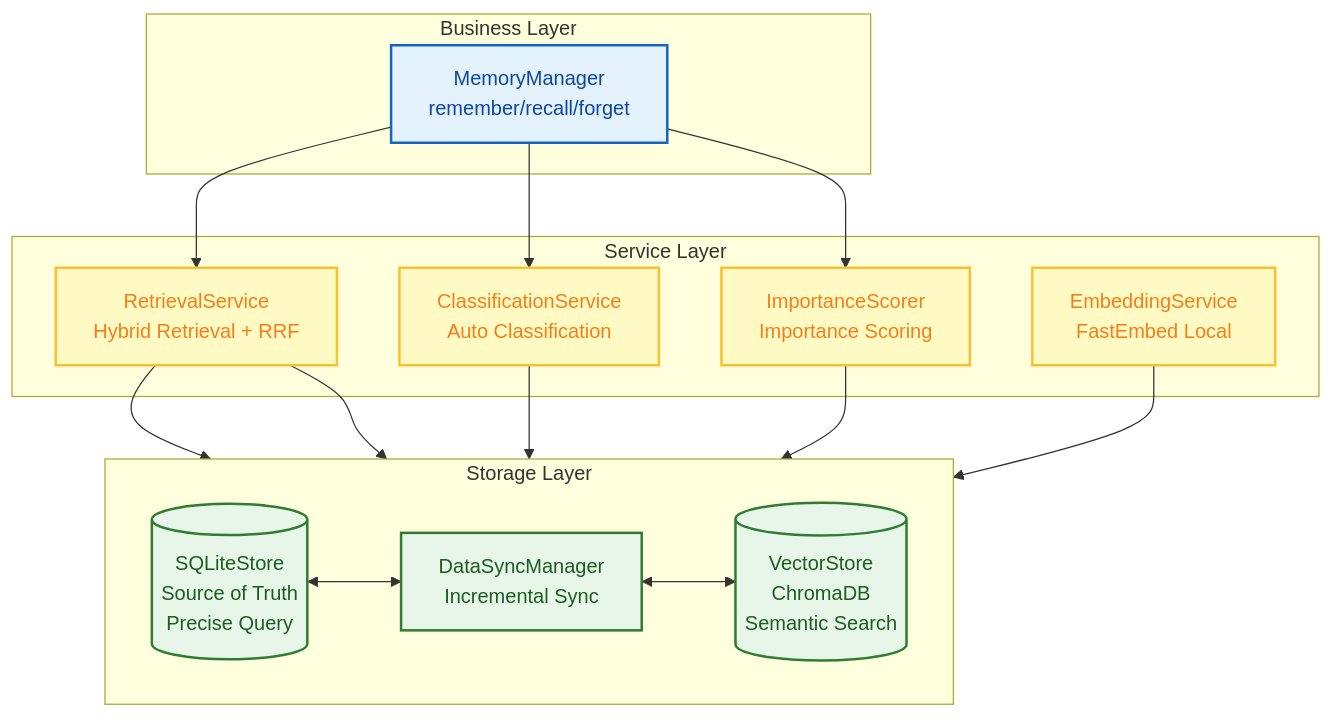
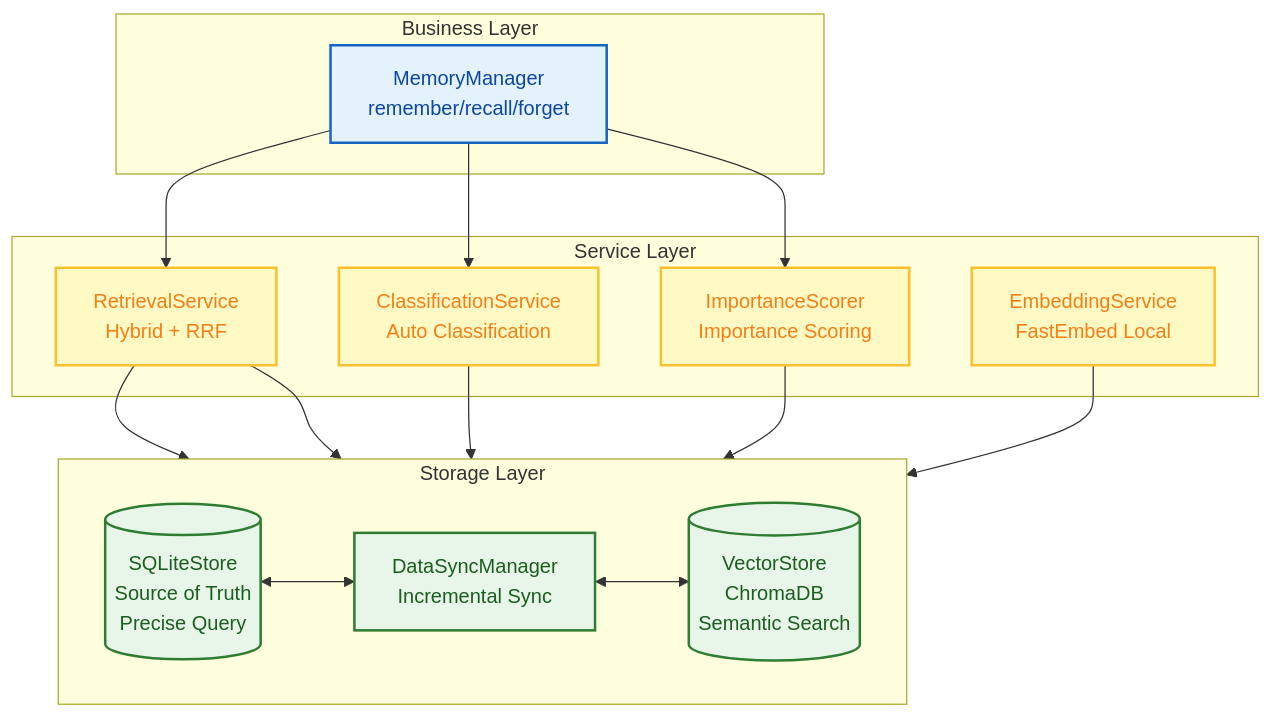
One commit to xt765/FinchBot changed the third of 6 diagrams in docs/en-US/blog/finchbot-flexible-ai-agent-framework.md. Above: the diagram before and after it, drawn with Mermaid. The commit also changed other lines of this file and 1 other file, not shown here.

````diff
--- a/docs/en-US/blog/finchbot-flexible-ai-agent-framework.md
+++ b/docs/en-US/blog/finchbot-flexible-ai-agent-framework.md
@@ -311,37 +305,35 @@
 ```mermaid
 flowchart TB
-    %% Style Definitions
     classDef businessLayer fill:#e3f2fd,stroke:#1565c0,stroke-width:2px,color:#0d47a1;
     classDef serviceLayer fill:#fff9c4,stroke:#fbc02d,stroke-width:2px,color:#f57f17;
     classDef storageLayer fill:#e8f5e9,stroke:#2e7d32,stroke-width:2px,color:#1b5e20;
 
     subgraph Business [Business Layer]
-        MM[ MemoryManager<br/>remember/recall/forget]
+        MM[MemoryManager<br/>remember/recall/forget]
     end
     class MM businessLayer
 
     subgraph Services [Service Layer]
-        RS[ RetrievalService<br/>Hybrid Retrieval + RRF]
-        CS[ ClassificationService<br/>Auto Classification]
-        IS[ ImportanceScorer<br/>Importance Scoring]
-        ES[ EmbeddingService<br/>FastEmbed Local]
+        RS[RetrievalService<br/>Hybrid + RRF]
+        CS[ClassificationService<br/>Auto Classification]
+        IS[ImportanceScorer<br/>Importance Scoring]
+        ES[EmbeddingService<br/>FastEmbed Local]
     end
     class RS,CS,IS,ES serviceLayer
 
     subgraph Storage [Storage Layer]
         direction LR
-        SQLite[( SQLiteStore<br/>Source of Truth<br/>Precise Query)]
-        Vector[( VectorStore<br/>ChromaDB<br/>Semantic Search)]
-        DS[ DataSyncManager<br/>Incremental Sync]
+        SQLite[(SQLiteStore<br/>Source of Truth<br/>Precise Query)]
+        Vector[(VectorStore<br/>ChromaDB<br/>Semantic Search)]
+        DS[DataSyncManager<br/>Incremental Sync]
     end
     class SQLite,Vector,DS storageLayer
 
-    %% Connections
     MM --> RS & CS & IS
     RS --> SQLite & Vector
     CS --> SQLite
     IS --> SQLite
     ES --> Vector
-    
+
     SQLite <--> DS <--> Vector
 ```
````
